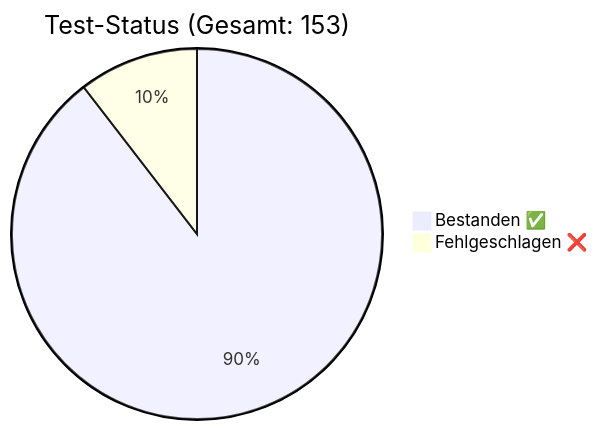
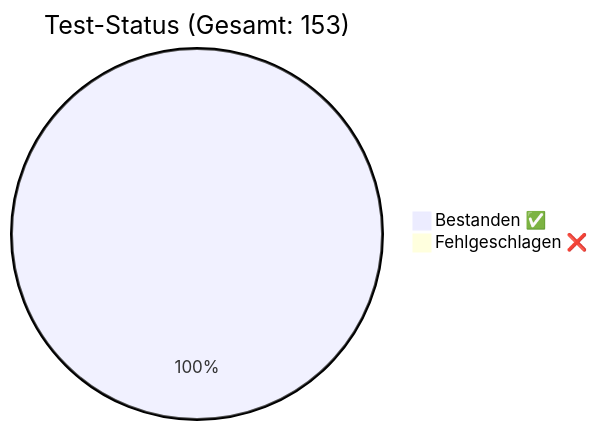
Before and after one commit to rorila/GCS: the diagram in docs/QA_Report.md, drawn with Mermaid. The commit also changed other lines of this file and 49 other files, not shown here.

````diff
--- a/docs/QA_Report.md
+++ b/docs/QA_Report.md
@@ -7,5 +7,5 @@
 ```mermaid
 pie title Test-Status (Gesamt: 153)
-    "Bestanden ✅" : 137
-    "Fehlgeschlagen ❌" : 16
+    "Bestanden ✅" : 153
+    "Fehlgeschlagen ❌" : 0
 ```
````
